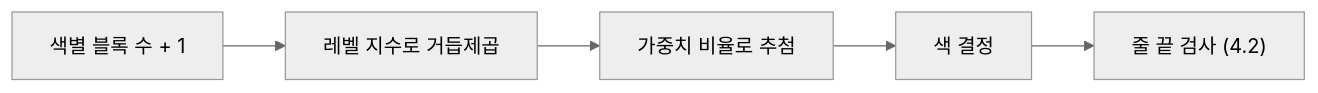
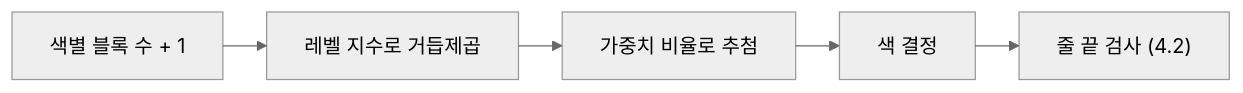
One commit to chesherneko/portfolio changed the fourth of 6 diagrams in src/0-Tidy-Mommy/기술문서.md. Above: the diagram before and after it, drawn with Mermaid. The commit also changed other lines of this file and 20 other files, not shown here.

````diff
--- a/src/0-Tidy-Mommy/기술문서.md
+++ b/src/0-Tidy-Mommy/기술문서.md
@@ -300,8 +308,8 @@
 ```mermaid
-%%{init: {'theme':'neutral'}}%%
+%%{init: {'theme':'neutral', 'layout': 'elk', 'flowchart': {'curve': 'linear'}}}%%
 flowchart LR
     A[색별 블록 수 + 1] --> B[레벨 지수로 거듭제곱]
     B --> C[가중치 비율로 추첨]
     C --> D[색 결정]
     D --> E["줄 끝 검사 (4.2)"]
 ```
````
